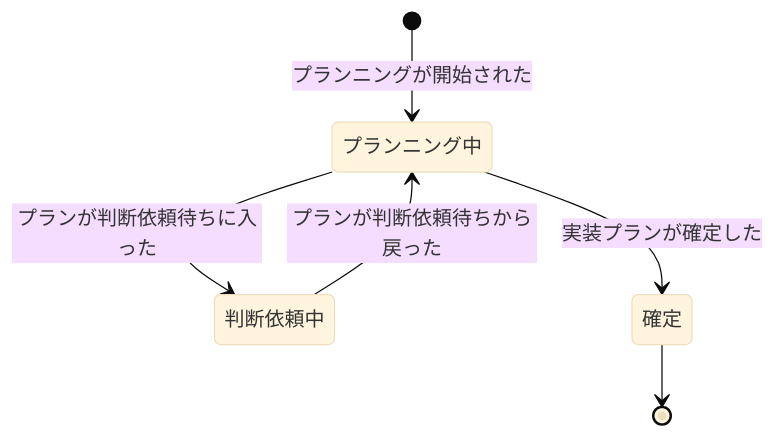
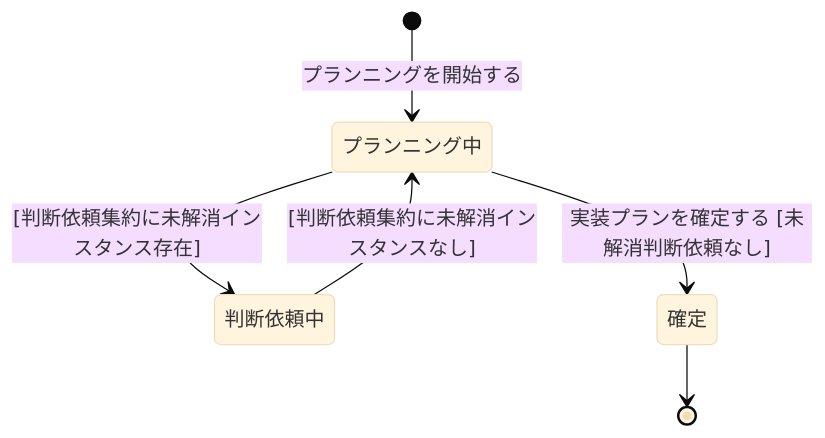
One commit to kuchita-el/claude-shared-skills changed the first of 7 diagrams in docs/development/event-storming.md. Above: the diagram before and after it, drawn with Mermaid (base theme). The commit also changed other lines of this file, not shown here.

First line of the commit message:
docs(event-storming): mermaid 遷移ラベル規約を R1（コマンド+ガード条件）に統一 (#184)

````diff
--- a/docs/development/event-storming.md
+++ b/docs/development/event-storming.md
@@ -99,8 +107,8 @@
 ```mermaid
 stateDiagram-v2
-    [*] --> プランニング中: プランニングが開始された
-    プランニング中 --> 判断依頼中: プランが判断依頼待ちに入った
-    判断依頼中 --> プランニング中: プランが判断依頼待ちから戻った
-    プランニング中 --> 確定: 実装プランが確定した
+    [*] --> プランニング中: プランニングを開始する
+    プランニング中 --> 判断依頼中: [判断依頼集約に未解消インスタンス存在]
+    判断依頼中 --> プランニング中: [判断依頼集約に未解消インスタンスなし]
+    プランニング中 --> 確定: 実装プランを確定する [未解消判断依頼なし]
     確定 --> [*]
 ```
````
